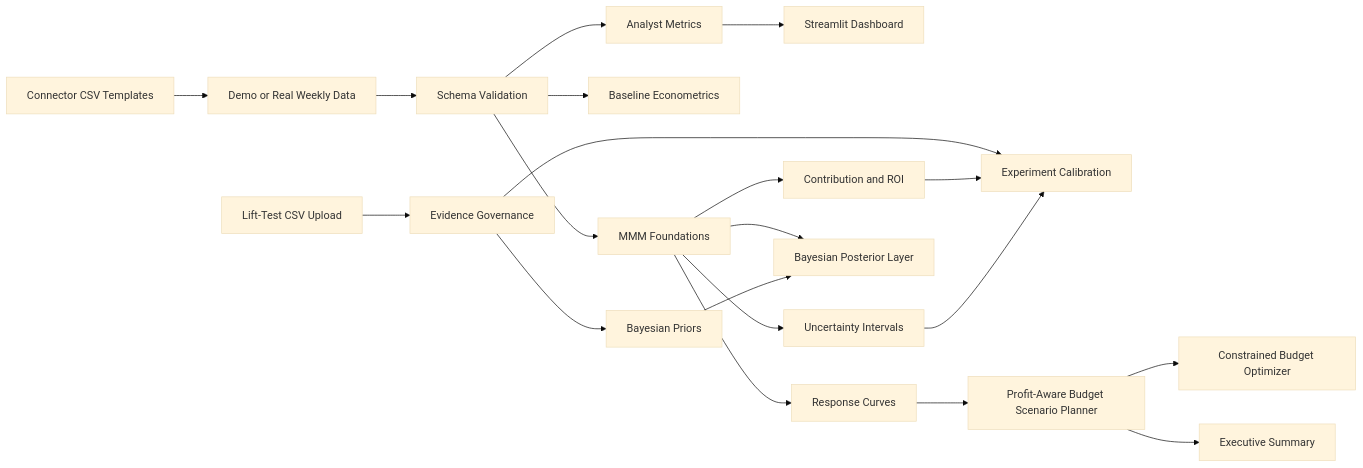
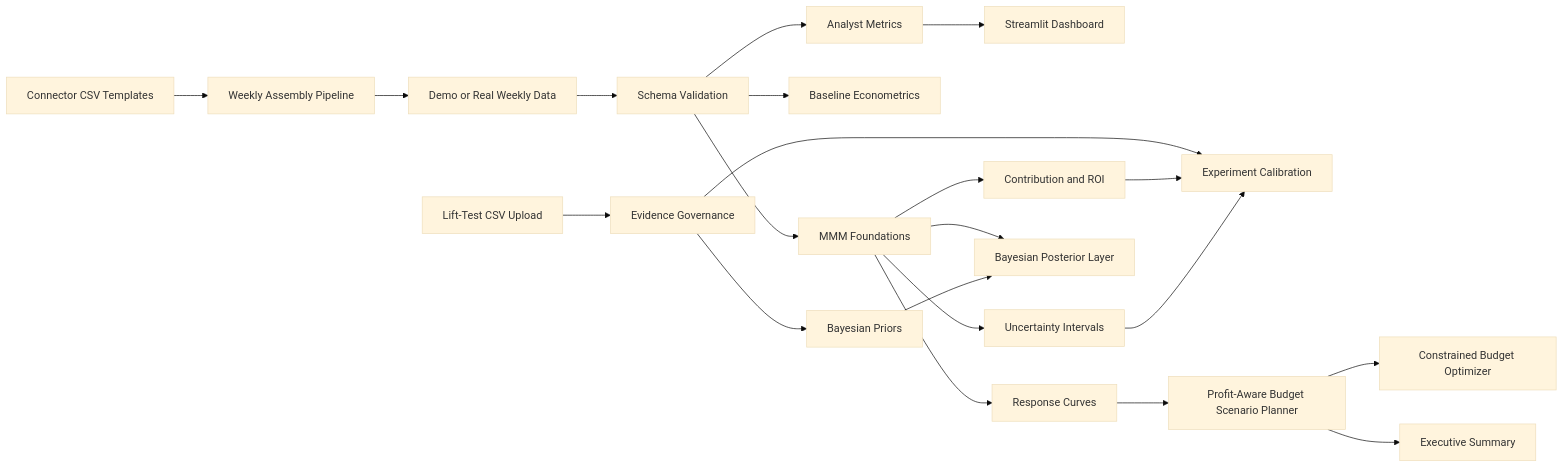
The first of 2 diagrams in docs/architecture.md (rosscyking1115/marketing-effectiveness-lab), drawn with Mermaid (base theme) before and after one commit. The commit also changed other lines of this file and 7 other files, not shown here.

Commit message:
Add weekly connector assembly pipeline

````diff
--- a/docs/architecture.md
+++ b/docs/architecture.md
@@ -7,22 +7,23 @@
 ```mermaid
 flowchart LR
-    R["Connector CSV Templates"] --> A["Demo or Real Weekly Data"]
+    R["Connector CSV Templates"] --> S["Weekly Assembly Pipeline"]
+    S --> A["Demo or Real Weekly Data"]
     A --> B["Schema Validation"]
     B --> C["Analyst Metrics"]
     C --> D["Streamlit Dashboard"]
     B --> E["Baseline Econometrics"]
     B --> F["MMM Foundations"]
     F --> G["Contribution and ROI"]
     F --> H["Uncertainty Intervals"]
     M["Lift-Test CSV Upload"] --> N["Evidence Governance"]
     N --> I["Experiment Calibration"]
     N --> O["Bayesian Priors"]
     G --> I
     H --> I
     F --> P["Bayesian Posterior Layer"]
     O --> P
     F --> J["Response Curves"]
     J --> K["Profit-Aware Budget Scenario Planner"]
     K --> Q["Constrained Budget Optimizer"]
     K --> L["Executive Summary"]
 ```
````
